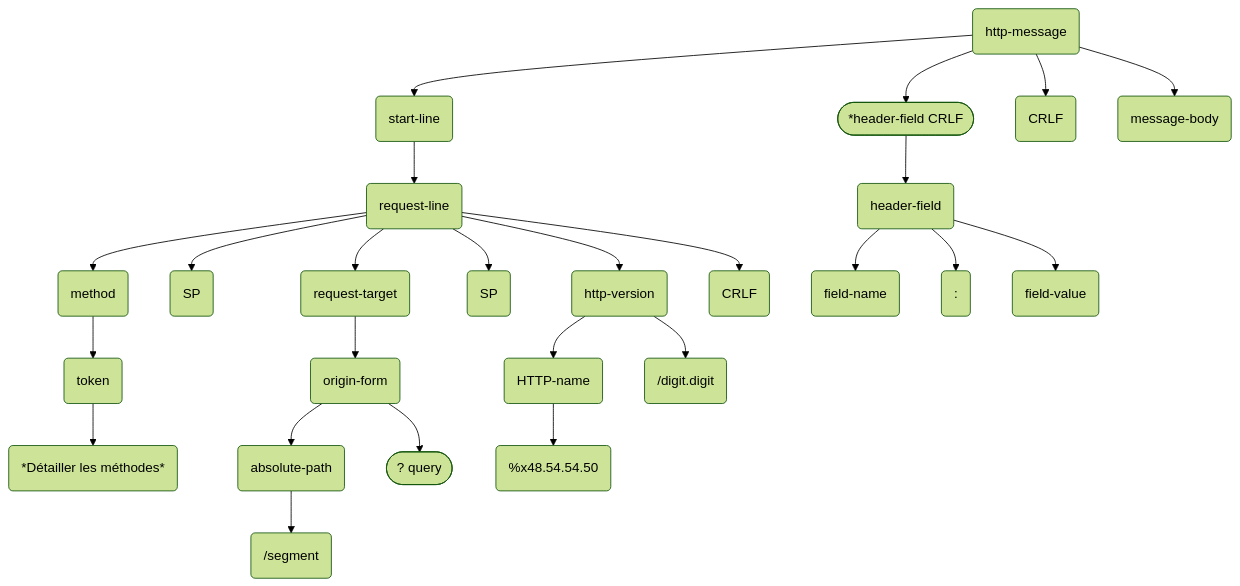
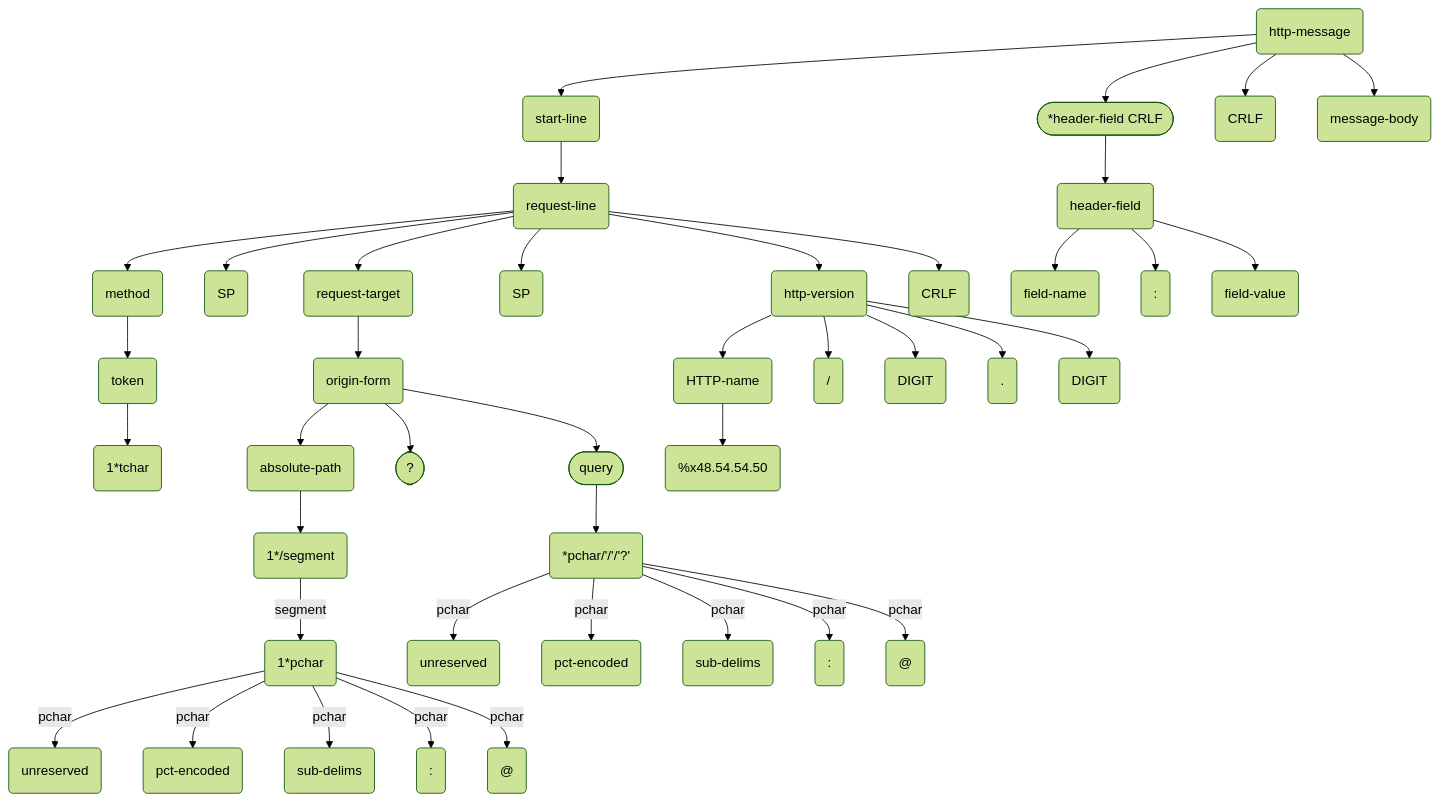
One commit to LittleBangTheory/HTTP-Server changed the diagram in parser/arbre_derivation.md. Above: the diagram before and after it, drawn with Mermaid (forest theme). The commit also changed 3 other files, not shown here.

```diff
--- a/parser/arbre_derivation.md
+++ b/parser/arbre_derivation.md
@@ -4,30 +4,49 @@
 ::: mermaid
 graph TD;
     0(http-message)-->1(start-line);
     0-->2([*header-field CRLF]);
     2-->3(header-field);
     0-->4(CRLF);
     0-->5(message-body);
     1-->10(request-line);
 
     10-->11(method);
     10-->12(SP);
     10-->13(request-target);
     10-->14(SP);
     10-->15(http-version);
     10-->16(CRLF);
     11-->20(token);
 
-    20-->21(*Détailler les méthodes*)
+    20-->21(1*tchar)
     13-->22(origin-form)
     22-->23(absolute-path)
-    23-->25(/segment)
-    22-->24(["?" query])
+    23-->25(1*/segment)
+    22-->24([?])
+    22-->29([query])
     15-->26(HTTP-name)
-    15-->27(/digit.digit)
-    26-->28(%x48.54.54.50)
 
-    3-->30(field-name)
-    3-->31(:)
-    3-->32(field-value) 
+    25-->|segment|30(1*pchar)
+    30-->|pchar|31(unreserved)
+    30-->|pchar|32(pct-encoded)
+    30-->|pchar|33(sub-delims)
+    30-->|pchar|34(:)
+    30-->|pchar|35("@")
+    29-->36(*pchar/'/'/'?')
+
+    36-->|pchar|37(unreserved)
+    36-->|pchar|38(pct-encoded)
+    36-->|pchar|39(sub-delims)
+    36-->|pchar|40(:)
+    36-->|pchar|41("@")
+    
+    26-->50(%x48.54.54.50)
+    15-->51(/)
+    15-->52(DIGIT)
+    15-->53(.)
+    15-->54(DIGIT)
+
+    3-->60(field-name)
+    3-->61(:)
+    3-->62(field-value)
 :::
```
